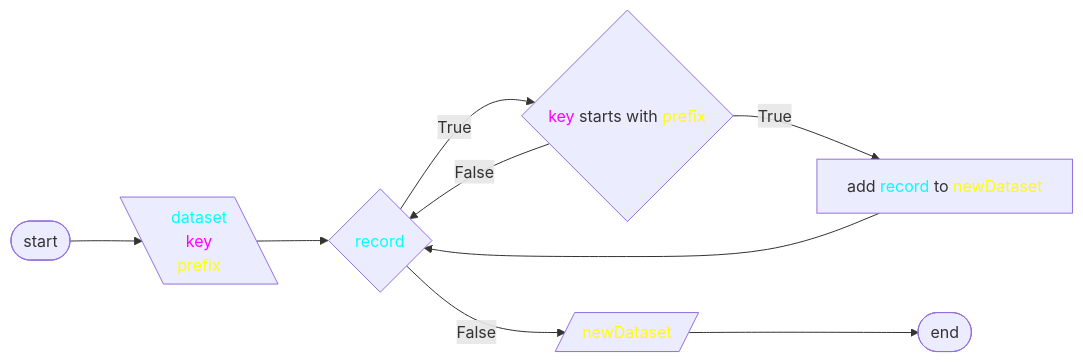
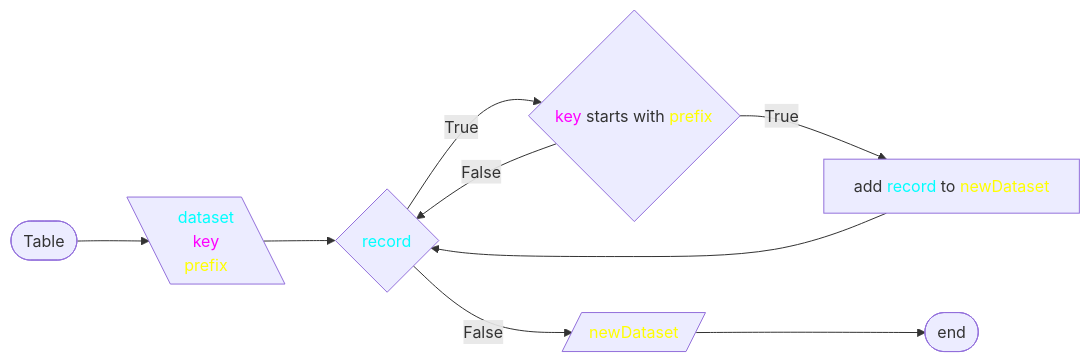
Before and after one commit to 7s4e/p3: diagram 14 of 17 in scripts/table/design.md, drawn with Mermaid. The commit also changed other lines of this file, not shown here.

````diff
--- a/scripts/table/design.md
+++ b/scripts/table/design.md
@@ -410,22 +410,22 @@
 ```mermaid
 flowchart LR
-    STR([start])
+    STR([Table])
         STR --> INP
     INP[\"<span style='color:cyan;'>dataset</span>
           <span style='color:magenta;'>key</span>
           <span style='color:yellow;'>prefix</span>"\]
         INP --> RCD
     RCD{"<span style='color:cyan;'>record</span>"}
         RCD -- True  --> KEY
         KEY -- False --> RCD
         ADD          --> RCD
         RCD -- False --> SET
     KEY{"<span style='color:magenta;'>key</span> starts with <span style=
              'color:yellow;'>prefix</span>"}
         KEY -- True --> ADD
     ADD["add <span style='color:cyan;'>record</span> to <span style=
              'color:yellow;'>newDataset</span>"]
     SET[/"<span style='color:yellow;'>newDataset</span>"/]
         SET --> END
     END([end])
 ```
````
